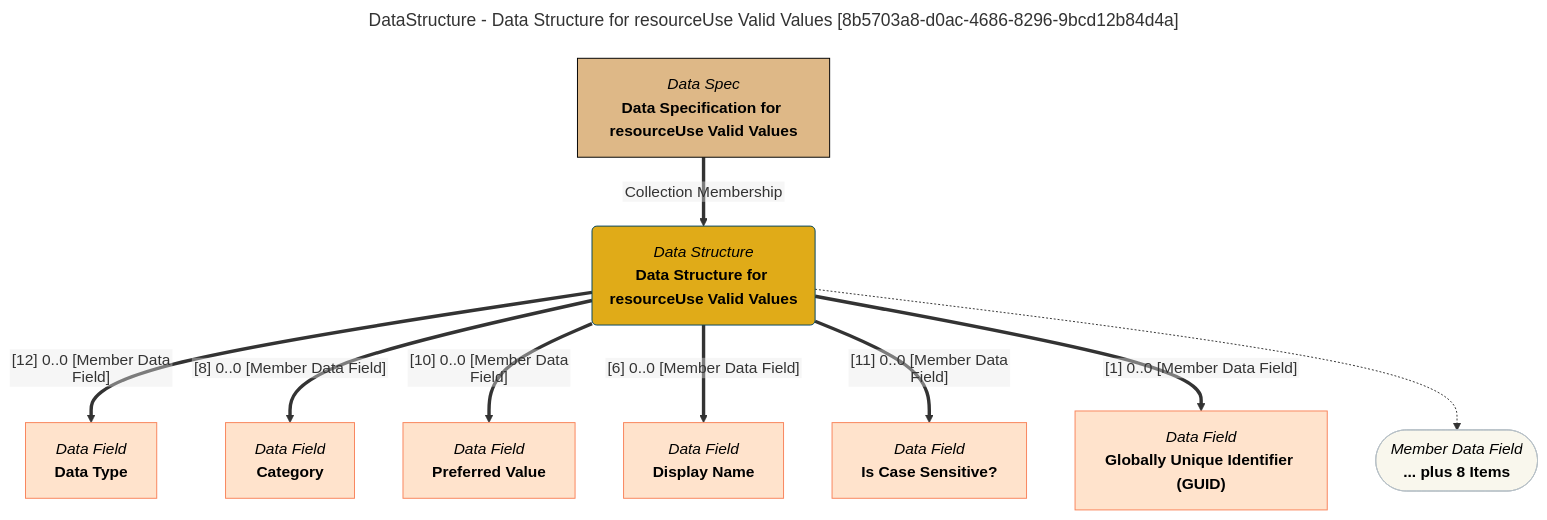
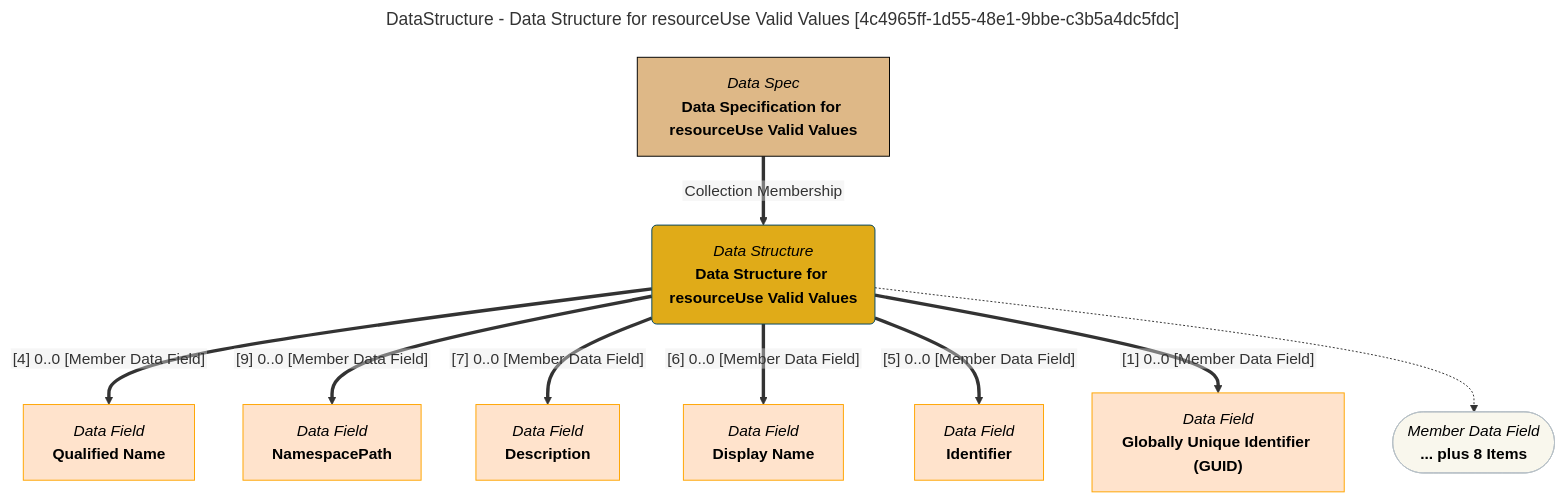
One commit to odpi/egeria-docs changed the diagram in site/snippets/data-structures/data-structure-for-resourceuse-valid-values-mermaid-graph.md. Above: the diagram before and after it, drawn with Mermaid. The commit also changed 2201 other files, not shown here.

````diff
--- a/site/snippets/data-structures/data-structure-for-resourceuse-valid-values-mermaid-graph.md
+++ b/site/snippets/data-structures/data-structure-for-resourceuse-valid-values-mermaid-graph.md
@@ -1,43 +1,43 @@
 ```mermaid
 ---
-title: DataStructure - Data Structure for resourceUse Valid Values [8b5703a8-d0ac-4686-8296-9bcd12b84d4a]
+title: DataStructure - Data Structure for resourceUse Valid Values [4c4965ff-1d55-48e1-9bbe-c3b5a4dc5fdc]
 ---
 flowchart TD
 %%{init: {"flowchart": {"htmlLabels": false}} }%%
 
 1@{ shape: rounded, label: "*Data Structure*
 **Data Structure for resourceUse Valid Values**"}
 2@{ shape: rect, label: "*Data Spec*
 **Data Specification for resourceUse Valid Values**"}
 2==>|"Collection Membership"|1
 3@{ shape: rect, label: "*Data Field*
-**Data Type**"}
-1==>|"[12] 0..0 [Member Data Field]"|3
+**Qualified Name**"}
+1==>|"[4] 0..0 [Member Data Field]"|3
 4@{ shape: rect, label: "*Data Field*
-**Category**"}
-1==>|"[8] 0..0 [Member Data Field]"|4
+**NamespacePath**"}
+1==>|"[9] 0..0 [Member Data Field]"|4
 5@{ shape: rect, label: "*Data Field*
-**Preferred Value**"}
-1==>|"[10] 0..0 [Member Data Field]"|5
+**Description**"}
+1==>|"[7] 0..0 [Member Data Field]"|5
 6@{ shape: rect, label: "*Data Field*
 **Display Name**"}
 1==>|"[6] 0..0 [Member Data Field]"|6
 7@{ shape: rect, label: "*Data Field*
-**Is Case Sensitive?**"}
-1==>|"[11] 0..0 [Member Data Field]"|7
+**Identifier**"}
+1==>|"[5] 0..0 [Member Data Field]"|7
 8@{ shape: rect, label: "*Data Field*
 **Globally Unique Identifier (GUID)**"}
 1==>|"[1] 0..0 [Member Data Field]"|8
 9@{ shape: stadium, label: "*Member Data Field*
 **... plus 8 Items**"}
 1-.->9
 style 1 color:#000000, fill:#e0ab18, stroke:#004563
-style 2 color:#000000, fill:#deb887, stroke:#000000
-style 3 color:#000000, fill:#ffe3cc, stroke:#f9845b
-style 4 color:#000000, fill:#ffe3cc, stroke:#f9845b
-style 5 color:#000000, fill:#ffe3cc, stroke:#f9845b
-style 6 color:#000000, fill:#ffe3cc, stroke:#f9845b
-style 7 color:#000000, fill:#ffe3cc, stroke:#f9845b
-style 8 color:#000000, fill:#ffe3cc, stroke:#f9845b
+style 2 color:#000000, fill:#DEB887, stroke:#000000
+style 3 color:#000000, fill:#ffe3cc, stroke:#FFA500
+style 4 color:#000000, fill:#ffe3cc, stroke:#FFA500
+style 5 color:#000000, fill:#ffe3cc, stroke:#FFA500
+style 6 color:#000000, fill:#ffe3cc, stroke:#FFA500
+style 7 color:#000000, fill:#ffe3cc, stroke:#FFA500
+style 8 color:#000000, fill:#ffe3cc, stroke:#FFA500
 style 9 color:#000000, fill:#F9F7ED, stroke:#b7c0c7
 ```
````
